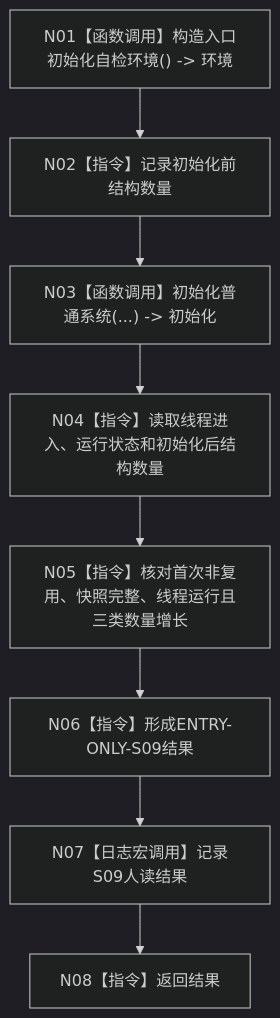
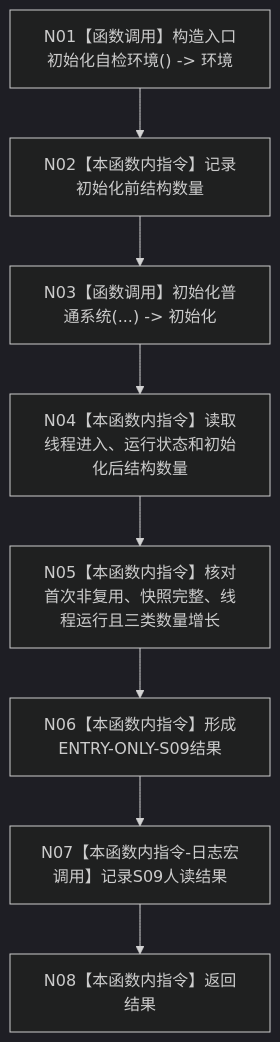
One commit to chunhaizh-cyber/HY-Ego changed the diagram in 流程图/20260726_ENTRY-ONLY_S09_自我线程进入与初始化_施工流程图_v0.1.md. Above: the diagram before and after it, drawn with Mermaid (dark theme). The commit also changed other lines of this file and 88 other files, not shown here.

````diff
--- a/流程图/20260726_ENTRY-ONLY_S09_自我线程进入与初始化_施工流程图_v0.1.md
+++ b/流程图/20260726_ENTRY-ONLY_S09_自我线程进入与初始化_施工流程图_v0.1.md
@@ -7,10 +27,10 @@
 ```mermaid
 flowchart TD
-    N01["N01【函数调用】构造入口初始化自检环境() -> 环境"] --> N02["N02【指令】记录初始化前结构数量"]
+    N01["N01【函数调用】构造入口初始化自检环境() -> 环境"] --> N02["N02【本函数内指令】记录初始化前结构数量"]
     N02 --> N03["N03【函数调用】初始化普通系统(...) -> 初始化"]
-    N03 --> N04["N04【指令】读取线程进入、运行状态和初始化后结构数量"]
-    N04 --> N05["N05【指令】核对首次非复用、快照完整、线程运行且三类数量增长"]
-    N05 --> N06["N06【指令】形成ENTRY-ONLY-S09结果"]
-    N06 --> N07["N07【日志宏调用】记录S09人读结果"]
-    N07 --> N08["N08【指令】返回结果"]
+    N03 --> N04["N04【本函数内指令】读取线程进入、运行状态和初始化后结构数量"]
+    N04 --> N05["N05【本函数内指令】核对首次非复用、快照完整、线程运行且三类数量增长"]
+    N05 --> N06["N06【本函数内指令】形成ENTRY-ONLY-S09结果"]
+    N06 --> N07["N07【本函数内指令-日志宏调用】记录S09人读结果"]
+    N07 --> N08["N08【本函数内指令】返回结果"]
 ```
````
